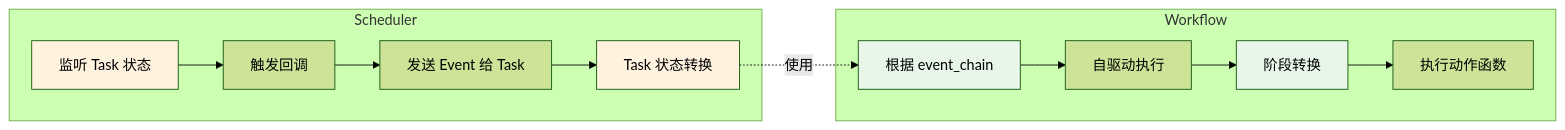
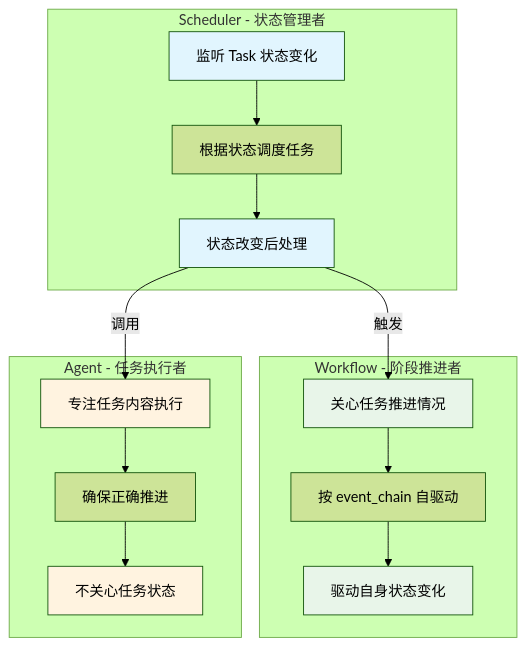
Before and after one commit to Koko12137/tasking-community: the third of 3 diagrams in tasking/core/state_machine/README.md, drawn with Mermaid (forest theme). The commit also changed other lines of this file and 36 other files, not shown here.

````diff
--- a/tasking/core/state_machine/README.md
+++ b/tasking/core/state_machine/README.md
@@ -272,21 +298,27 @@
 ```mermaid
-graph LR
-    subgraph "Scheduler"
-        S1[监听 Task 状态] --> S2[触发回调]
-        S2 --> S3[发送 Event 给 Task]
-        S3 --> S4[Task 状态转换]
+graph TB
+    subgraph "Scheduler - 状态管理者"
+        S1[监听 Task 状态变化] --> S2[根据状态调度任务]
+        S2 --> S3[状态改变后处理]
     end
 
-    subgraph "Workflow"
-        W1[根据 event_chain] --> W2[自驱动执行]
-        W2 --> W3[阶段转换]
-        W3 --> W4[执行动作函数]
+    subgraph "Workflow - 阶段推进者"
+        W1[关心任务推进情况] --> W2[按 event_chain 自驱动]
+        W2 --> W3[驱动自身状态变化]
     end
 
-    S4 -.->|使用| W1
+    subgraph "Agent - 任务执行者"
+        A1[专注任务内容执行] --> A2[确保正确推进]
+        A2 --> A3[不关心任务状态]
+    end
 
-    style S1 fill:#fff3e0
-    style S4 fill:#fff3e0
+    S3 -->|触发| W1
+    S3 -->|调用| A1
+
+    style S1 fill:#e1f5fe
+    style S3 fill:#e1f5fe
     style W1 fill:#e8f5e9
     style W3 fill:#e8f5e9
+    style A1 fill:#fff3e0
+    style A3 fill:#fff3e0
 ```
````
